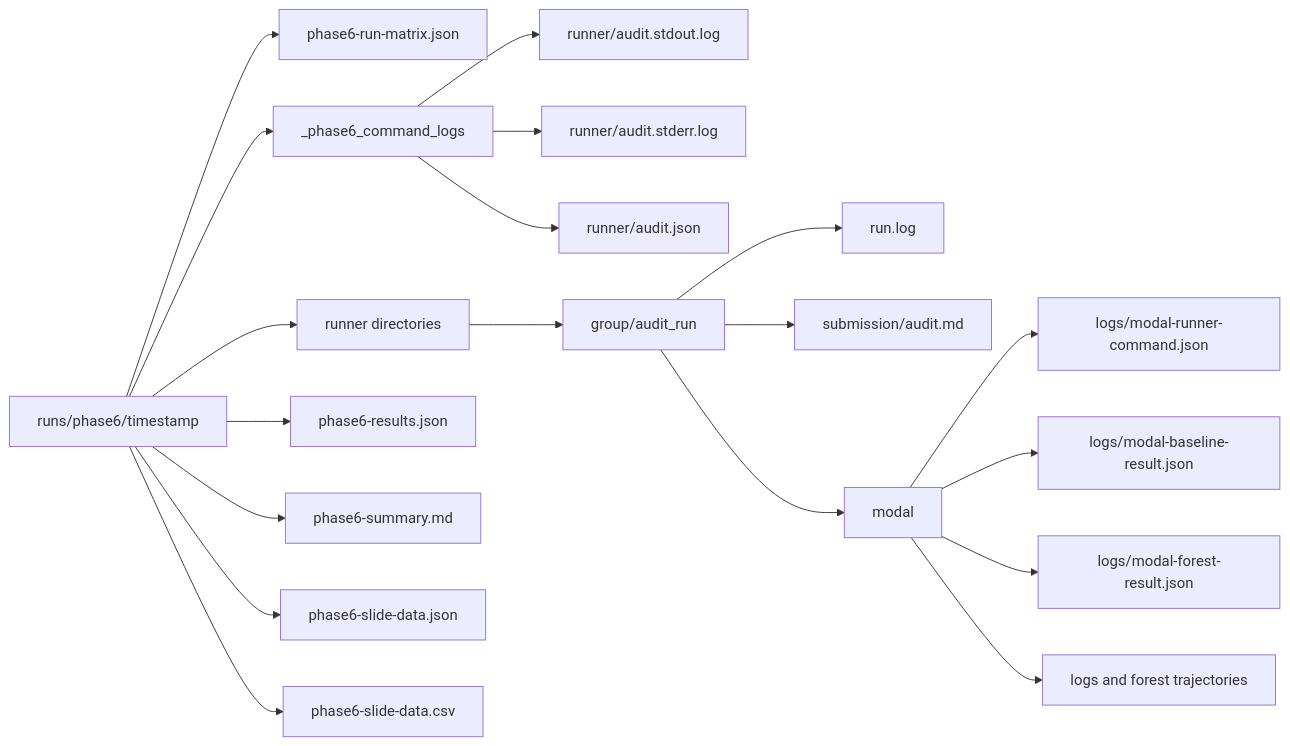
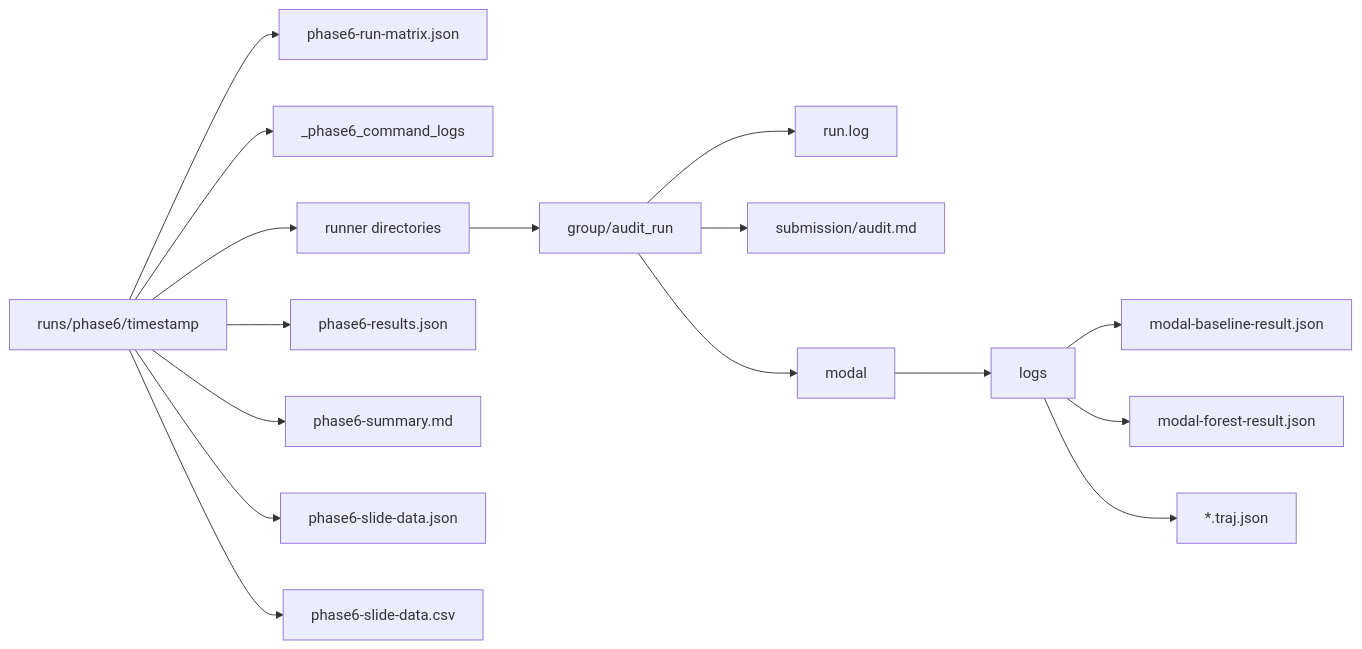
One commit to pranay5255/forestOfAudits changed the fourth of 4 diagrams in project/evmbench/README.md. Above: the diagram before and after it, drawn with Mermaid. The commit also changed other lines of this file, not shown here.

````diff
--- a/project/evmbench/README.md
+++ b/project/evmbench/README.md
@@ -300,23 +567,19 @@
 ```mermaid
 flowchart LR
-    Root[runs/phase6/timestamp] --> MatrixJson[phase6-run-matrix.json]
+    Root[runs/phase6/timestamp] --> Matrix[phase6-run-matrix.json]
     Root --> CommandLogs[_phase6_command_logs]
-    Root --> RunnerDir[runner directories]
-    Root --> ResultsJson[phase6-results.json]
-    Root --> SummaryMd[phase6-summary.md]
+    Root --> RunnerDirs[runner directories]
+    Root --> Results[phase6-results.json]
+    Root --> Summary[phase6-summary.md]
     Root --> SlideJson[phase6-slide-data.json]
     Root --> SlideCsv[phase6-slide-data.csv]
 
-    CommandLogs --> Stdout[runner/audit.stdout.log]
-    CommandLogs --> Stderr[runner/audit.stderr.log]
-    CommandLogs --> Status[runner/audit.json]
-
-    RunnerDir --> RunDir[group/audit_run]
+    RunnerDirs --> RunDir[group/audit_run]
     RunDir --> RunLog[run.log]
-    RunDir --> SubmissionFile[submission/audit.md]
+    RunDir --> Submission[submission/audit.md]
     RunDir --> ModalDir[modal]
-    ModalDir --> ModalCommand[logs/modal-runner-command.json]
-    ModalDir --> BaselineMeta[logs/modal-baseline-result.json]
-    ModalDir --> ForestMeta[logs/modal-forest-result.json]
-    ModalDir --> Traj[logs and forest trajectories]
+    ModalDir --> ModalLogs[logs]
+    ModalLogs --> BaselineMeta[modal-baseline-result.json]
+    ModalLogs --> ForestMeta[modal-forest-result.json]
+    ModalLogs --> Trajectories[*.traj.json]
 ```
````
